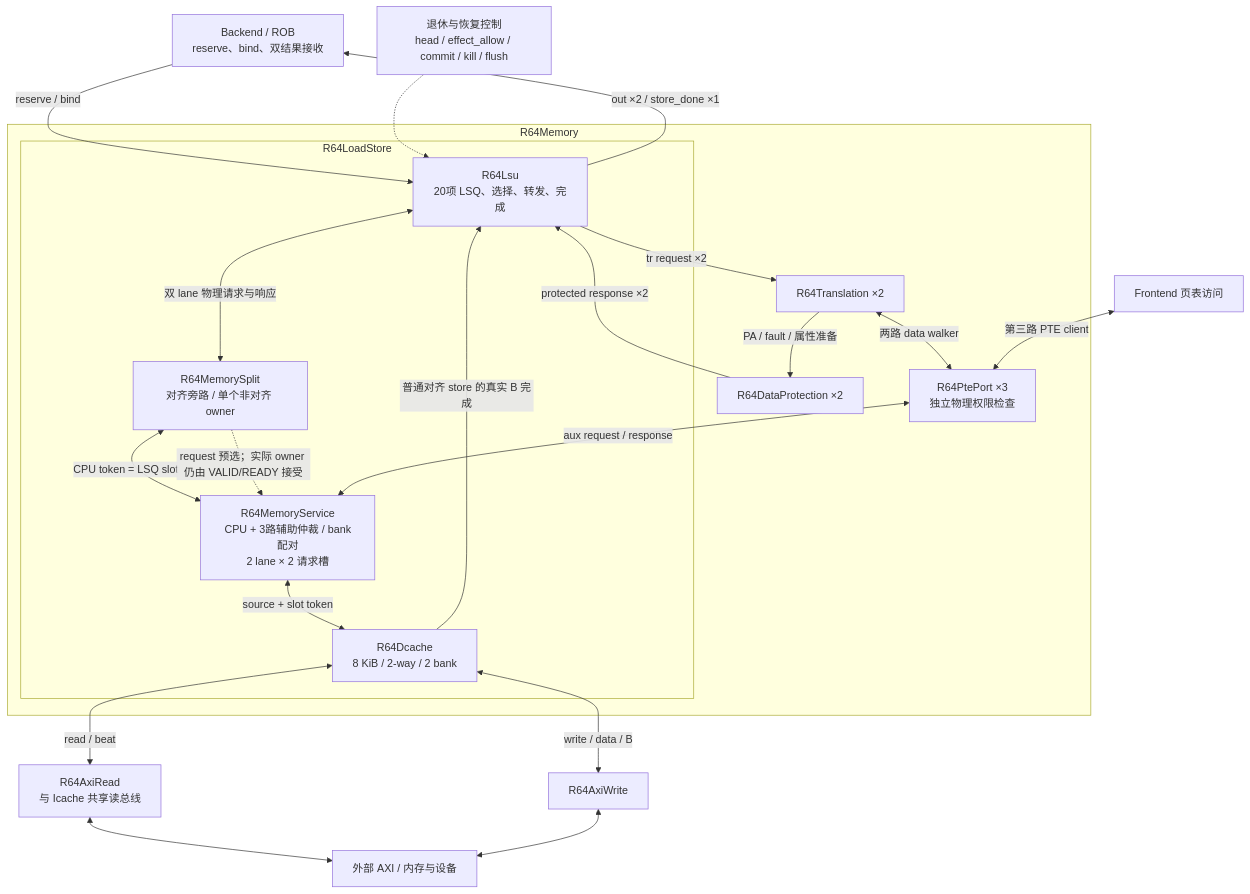
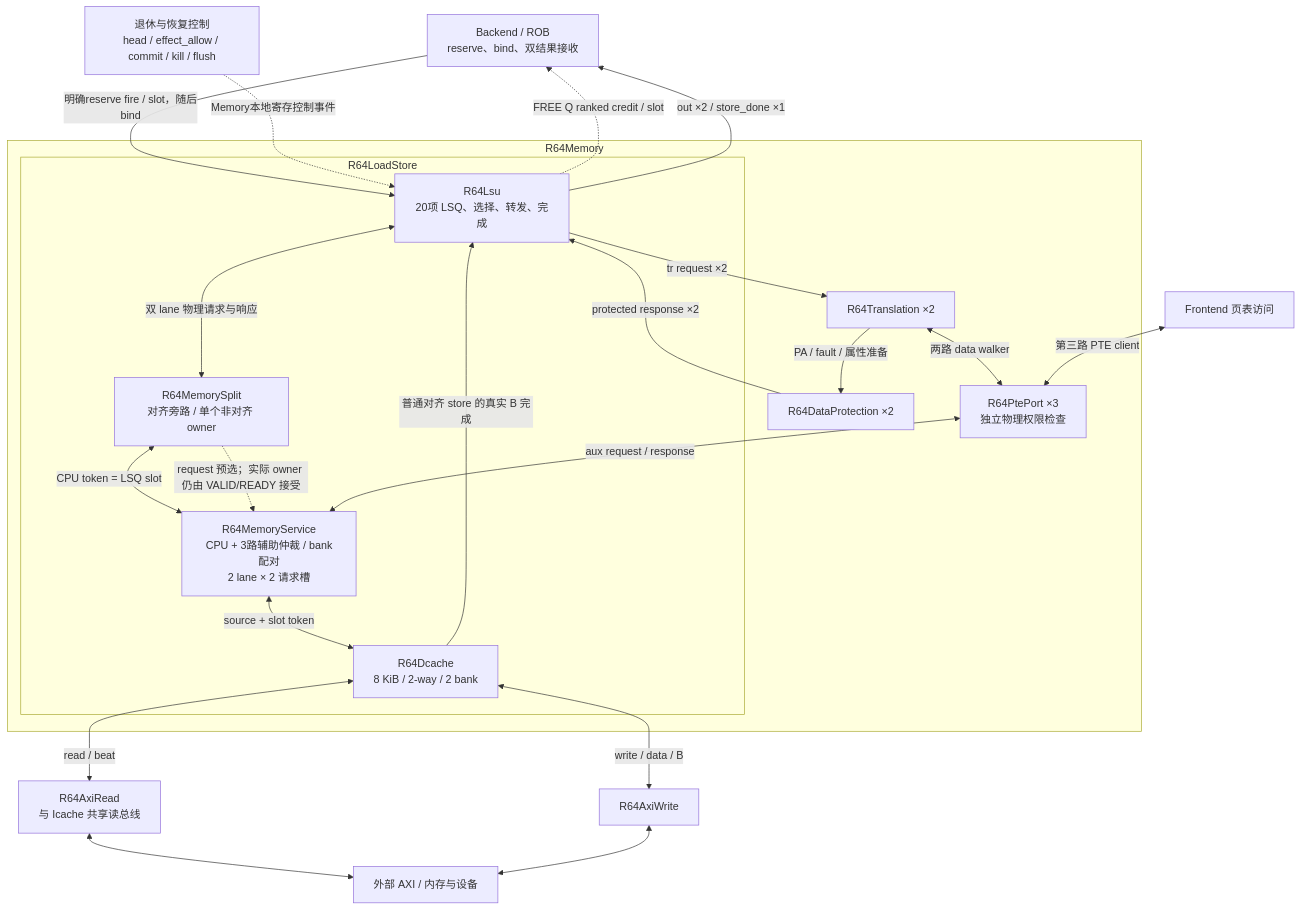
One commit to mcsaver/oscpu changed the first of 5 diagrams in npc/rv64/vsrc/lsu/TOPOLOGY.md. Above: the diagram before and after it, drawn with Mermaid. The commit also changed other lines of this file and 227 other files, not shown here.

````diff
--- a/npc/rv64/vsrc/lsu/TOPOLOGY.md
+++ b/npc/rv64/vsrc/lsu/TOPOLOGY.md
@@ -57,41 +62,42 @@
 ```mermaid
 flowchart TB
   BE["Backend / ROB<br/>reserve、bind、双结果接收"]
   CTRL["退休与恢复控制<br/>head / effect_allow / commit / kill / flush"]
   FPTW["Frontend 页表访问"]
 
   subgraph MEM["R64Memory"]
     TR["R64Translation ×2"]
     PROT["R64DataProtection ×2"]
     PTE["R64PtePort ×3<br/>独立物理权限检查"]
     subgraph LS["R64LoadStore"]
       LSU["R64Lsu<br/>20项 LSQ、选择、转发、完成"]
       SPLIT["R64MemorySplit<br/>对齐旁路 / 单个非对齐 owner"]
       SERVICE["R64MemoryService<br/>CPU + 3路辅助仲裁 / bank配对<br/>2 lane × 2 请求槽"]
       DC["R64Dcache<br/>8 KiB / 2-way / 2 bank"]
     end
   end
 
-  BE -->|"reserve / bind"| LSU
+  LSU -.->|"FREE Q ranked credit / slot"| BE
+  BE -->|"明确reserve fire / slot，随后bind"| LSU
   LSU -->|"out ×2 / store_done ×1"| BE
-  CTRL -.-> LSU
+  CTRL -.->|"Memory本地寄存控制事件"| LSU
   LSU -->|"tr request ×2"| TR
   TR -->|"PA / fault / 属性准备"| PROT
   PROT -->|"protected response ×2"| LSU
   TR <-->|"两路 data walker"| PTE
   FPTW <-->|"第三路 PTE client"| PTE
   LSU <-->|"双 lane 物理请求与响应"| SPLIT
   SPLIT <-->|"CPU token = LSQ slot"| SERVICE
   SPLIT -.->|"request 预选；实际 owner 仍由 VALID/READY 接受"| SERVICE
   PTE <-->|"aux request / response"| SERVICE
   SERVICE <-->|"source + slot token"| DC
   DC -->|"普通对齐 store 的真实 B 完成"| LSU
 
   RD["R64AxiRead<br/>与 Icache 共享读总线"]
   WR["R64AxiWrite"]
   AXI["外部 AXI / 内存与设备"]
   DC <-->|"read / beat"| RD
   DC <-->|"write / data / B"| WR
   RD <--> AXI
   WR <--> AXI
 ```
````
